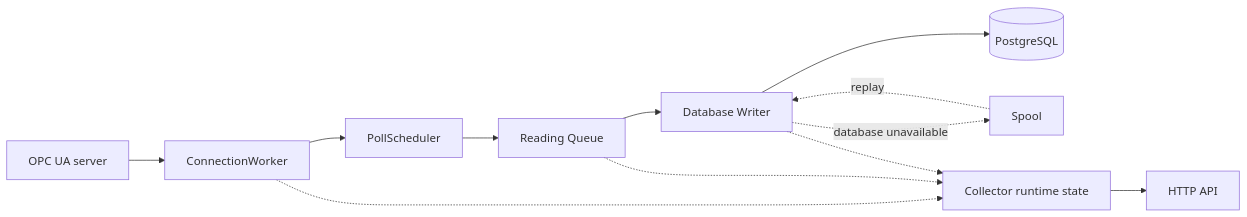
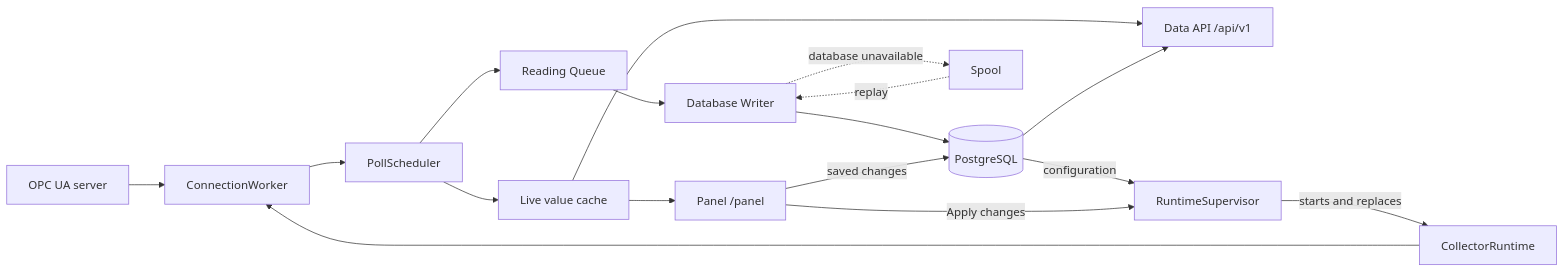
One commit to Mateusz1256/plc-data-collector changed the diagram in README.md. Above: the diagram before and after it, drawn with Mermaid. The commit also changed other lines of this file and 14 other files, not shown here.

````diff
--- a/README.md
+++ b/README.md
@@ -30,14 +43,19 @@
 ```mermaid
 flowchart LR
     PLC[OPC UA server] --> W[ConnectionWorker]
     W --> S[PollScheduler]
     S --> Q[Reading Queue]
     Q --> D[Database Writer]
     D --> P[(PostgreSQL)]
     D -. database unavailable .-> SP[Spool]
     SP -. replay .-> D
-    R[Collector runtime state] --> A[HTTP API]
-    W -.-> R
-    Q -.-> R
-    D -.-> R
+    S --> L[Live value cache]
+    L --> UI[Panel /panel]
+    L --> API[Data API /api/v1]
+    P --> API
+    P -- configuration --> SUP[RuntimeSupervisor]
+    UI -- saved changes --> P
+    UI -- Apply changes --> SUP
+    SUP -- starts and replaces --> R[CollectorRuntime]
+    R --> W
 ```
````
